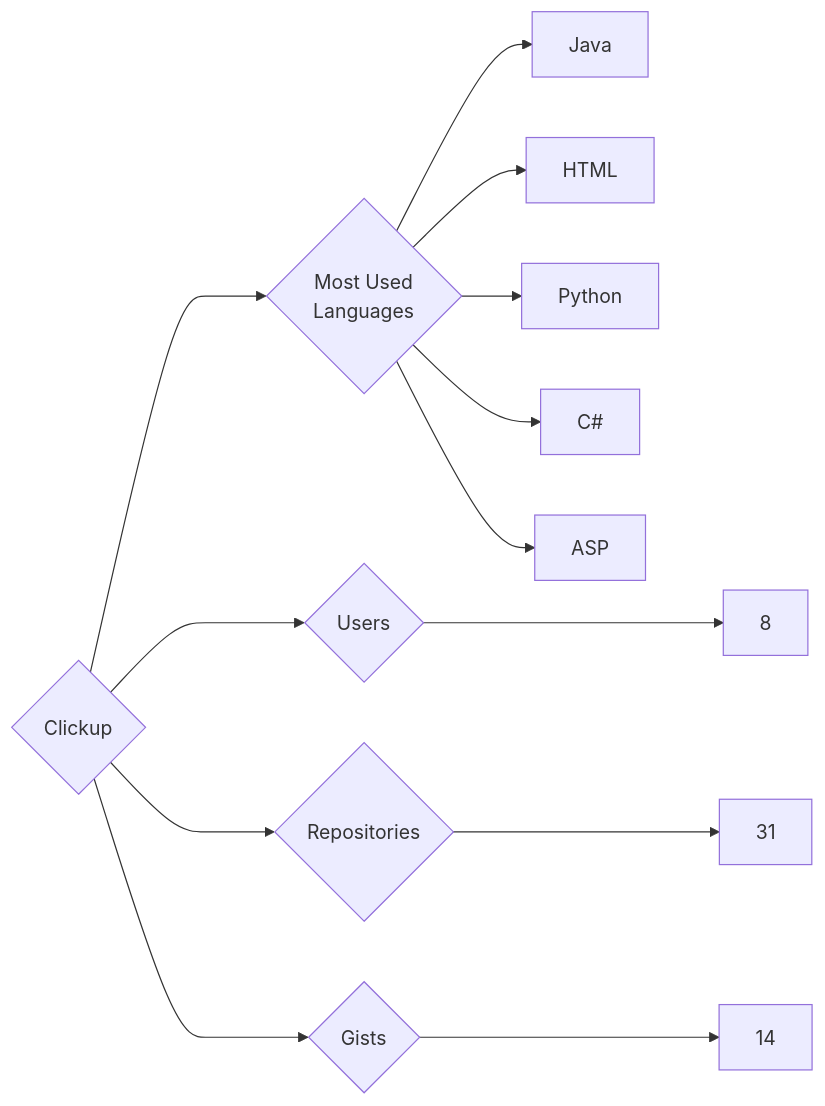
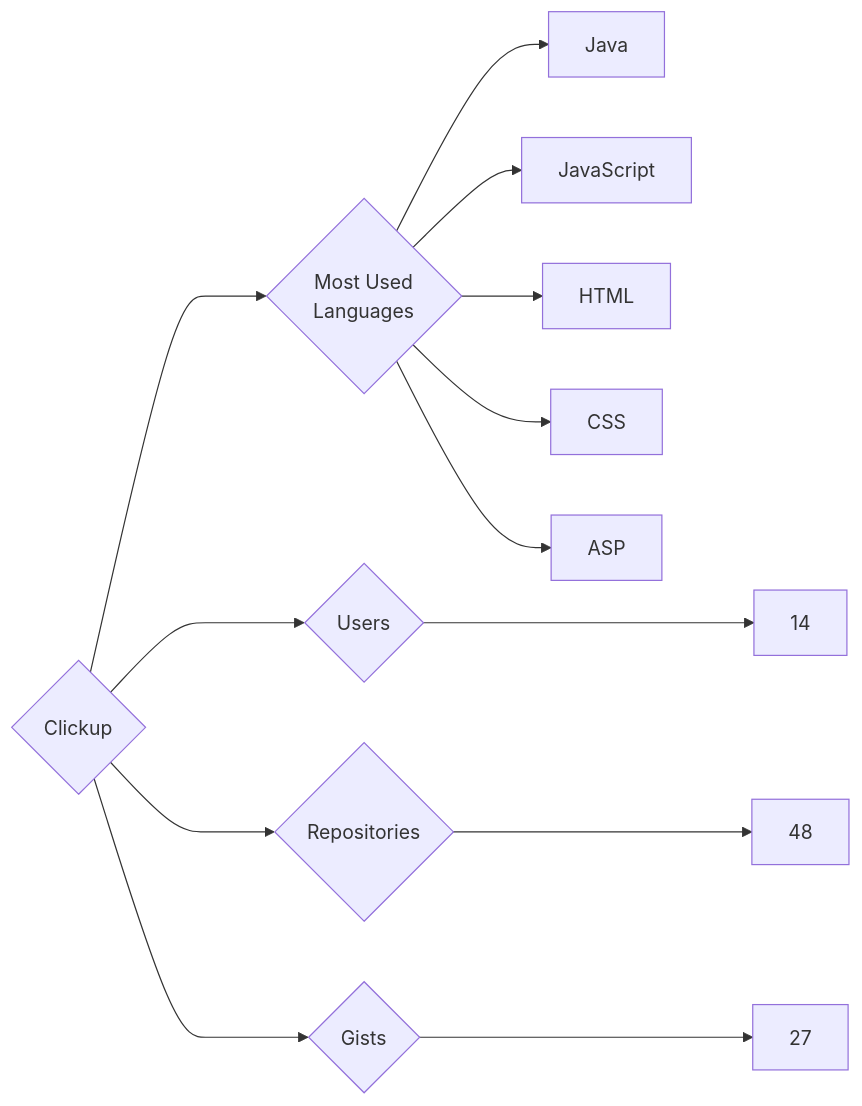
The diagram in targets/Clickup/README.md (trickest/insiders), drawn with Mermaid before and after one commit. The commit also changed 1149 other files, not shown here.

````diff
--- a/targets/Clickup/README.md
+++ b/targets/Clickup/README.md
@@ -3,13 +3,13 @@
 ```mermaid
 graph LR
 COMPANY_NAME{Clickup}
-COMPANY_NAME ---> U{Users} ---> UN[8]
-COMPANY_NAME ---> R{Repositories} ---> RN[31]
-COMPANY_NAME ---> G{Gists} ---> GN[14]
+COMPANY_NAME ---> U{Users} ---> UN[14]
+COMPANY_NAME ---> R{Repositories} ---> RN[48]
+COMPANY_NAME ---> G{Gists} ---> GN[27]
 COMPANY_NAME ---> ML{Most Used<br>Languages}
 ML --> Java[Java]
+ML --> JavaScript[JavaScript]
 ML --> HTML[HTML]
-ML --> Python[Python]
-ML --> C#[C#]
+ML --> CSS[CSS]
 ML --> ASP[ASP]
 ```
````
